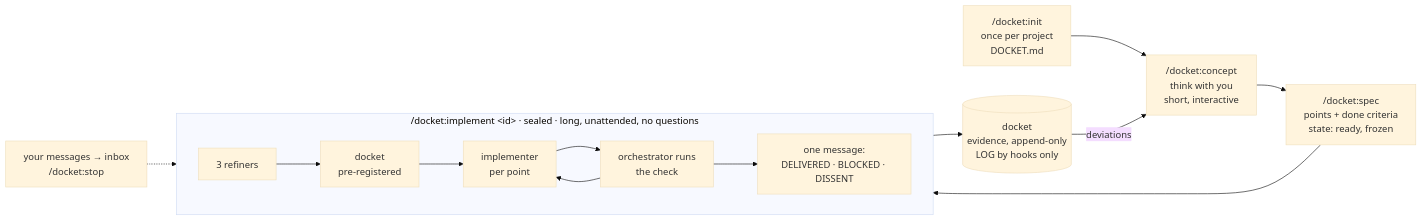
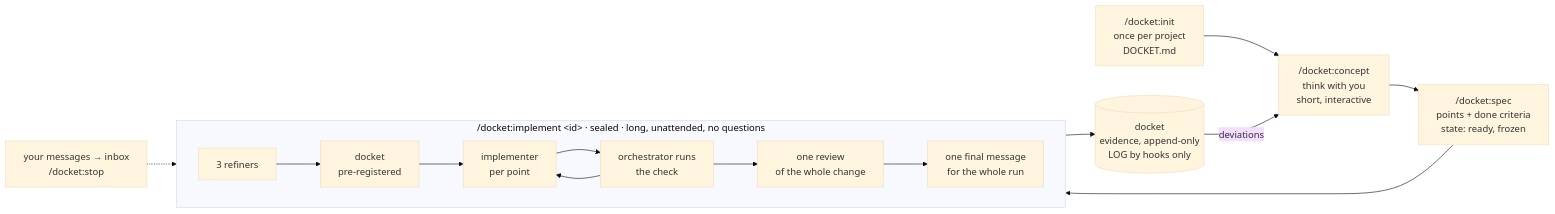
The diagram in README.md (hwein/docket), drawn with Mermaid (base theme) before and after one commit. The commit also changed other lines of this file and 21 other files, not shown here.

First line of the commit message:
docket 0.3.0: one final message per run, a spec ends in its docket

````diff
--- a/README.md
+++ b/README.md
@@ -62,19 +64,19 @@
 ```mermaid
 flowchart LR
     init["/docket:init<br/>once per project<br/>DOCKET.md"]
     concept["/docket:concept<br/>think with you<br/>short, interactive"]
     spec["/docket:spec<br/>points + done criteria<br/>state: ready, frozen"]
     subgraph run ["/docket:implement &lt;id&gt; · sealed · long, unattended, no questions"]
         direction LR
         refine["3 refiners"] --> register["docket<br/>pre-registered"]
         register --> points["implementer<br/>per point"]
         points --> check["orchestrator runs<br/>the check"]
         check --> points
-        check --> close["one message:<br/>DELIVERED · BLOCKED · DISSENT"]
+        check --> review["one review<br/>of the whole change"] --> close["one final message<br/>for the whole run"]
     end
     docket[("docket<br/>evidence, append-only<br/>LOG by hooks only")]
     init --> concept --> spec --> run
     run --> docket
     docket -- "deviations" --> concept
     inbox["your messages → inbox<br/>/docket:stop"] -.-> run
 ```
````
